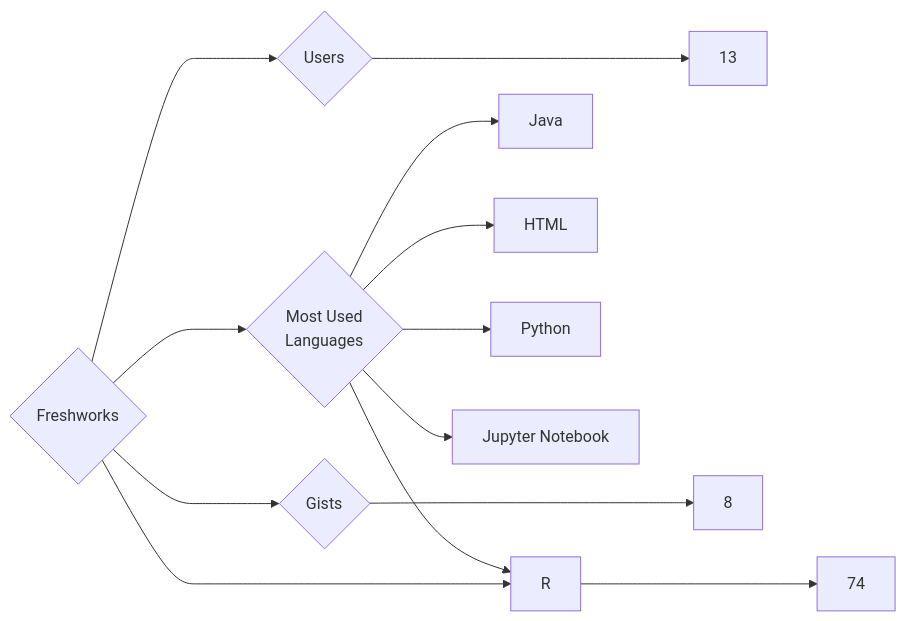
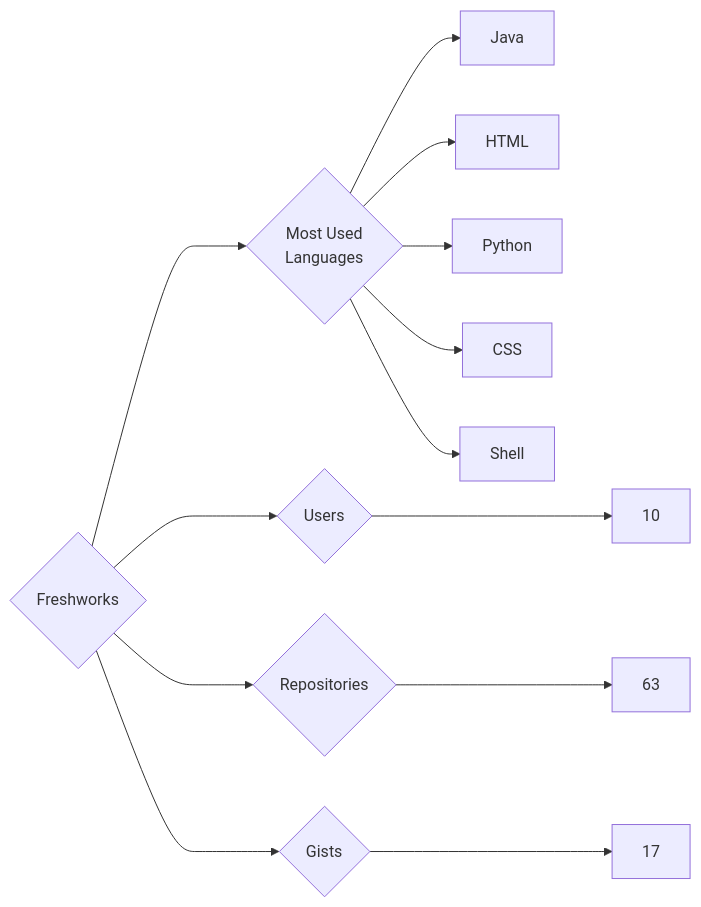
One commit to trickest/insiders changed the diagram in targets/Freshworks/README.md. Above: the diagram before and after it, drawn with Mermaid. The commit also changed 935 other files, not shown here.

````diff
--- a/targets/Freshworks/README.md
+++ b/targets/Freshworks/README.md
@@ -3,13 +3,13 @@
 ```mermaid
 graph LR
 COMPANY_NAME{Freshworks}
-COMPANY_NAME ---> U{Users} ---> UN[13]
-COMPANY_NAME ---> R{Repositories} ---> RN[74]
-COMPANY_NAME ---> G{Gists} ---> GN[8]
+COMPANY_NAME ---> U{Users} ---> UN[10]
+COMPANY_NAME ---> R{Repositories} ---> RN[63]
+COMPANY_NAME ---> G{Gists} ---> GN[17]
 COMPANY_NAME ---> ML{Most Used<br>Languages}
 ML --> Java[Java]
 ML --> HTML[HTML]
 ML --> Python[Python]
-ML --> R[R]
-ML --> Jupyter_Notebook[Jupyter Notebook]
+ML --> CSS[CSS]
+ML --> Shell[Shell]
 ```
````
